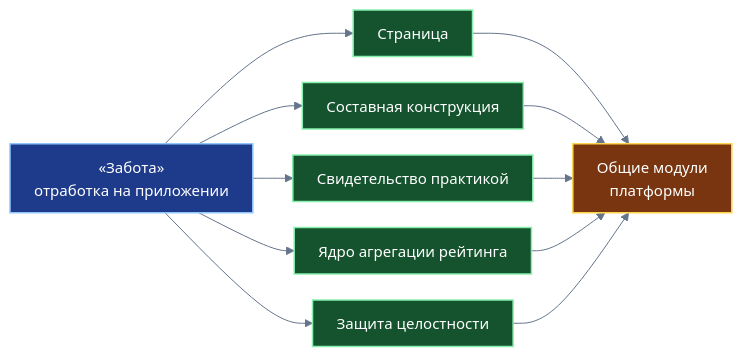
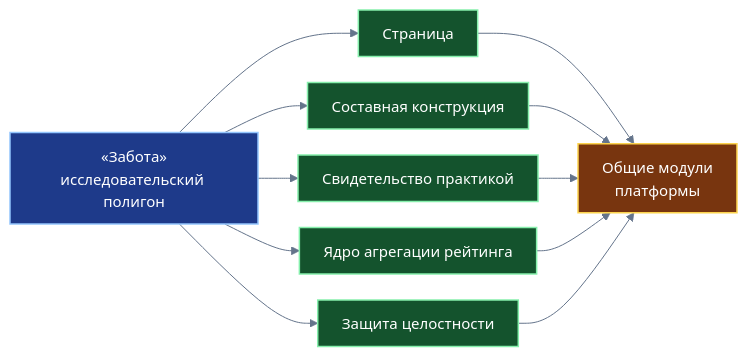
Diagram 11 of 11 in shared_docs/whitepapers/09_sapoto_whitepaper.md (Data-Independence-Network/presentations), drawn with Mermaid before and after one commit. The commit also changed other lines of this file and 36 other files, not shown here.

````diff
--- a/shared_docs/whitepapers/09_sapoto_whitepaper.md
+++ b/shared_docs/whitepapers/09_sapoto_whitepaper.md
@@ -613,23 +615,23 @@
 ```mermaid
 %%{init: {"theme":"base","themeVariables":{"background":"#0f172a","fontFamily":"Arial, Helvetica, sans-serif","fontSize":"15px","primaryColor":"#1e3a8a","primaryTextColor":"#ffffff","primaryBorderColor":"#93c5fd","secondaryColor":"#14532d","tertiaryColor":"#1e293b","lineColor":"#64748b","textColor":"#94a3b8","mainBkg":"#1e3a8a","nodeBorder":"#93c5fd","clusterBkg":"#1e293b","clusterBorder":"#475569","titleColor":"#cbd5e1","edgeLabelBackground":"#1e293b"},"themeCSS":"foreignObject *{font-family:Arial,Helvetica,sans-serif !important}","flowchart":{"curve":"basis","htmlLabels":true,"nodeSpacing":26,"rankSpacing":40,"padding":12,"useMaxWidth":true}}}%%
 flowchart LR
-    A["«Забота»<br/>отработка на приложении"] --> P["Страница"]
+    A["«Забота»<br/>исследовательский полигон"] --> P["Страница"]
     A --> K["Составная конструкция"]
     A --> E["Свидетельство практикой"]
     A --> R["Ядро агрегации рейтинга"]
     A --> I["Защита целостности"]
     P --> M["Общие модули<br/>платформы"]
     K --> M
     E --> M
     R --> M
     I --> M
     class A leaf
     class P,K,E,R,I branch
     class M trunk
     classDef leaf fill:#1e3a8a,stroke:#93c5fd,stroke-width:1.5px,color:#ffffff
     classDef branch fill:#14532d,stroke:#86efac,stroke-width:1.5px,color:#ffffff
     classDef trunk fill:#78350f,stroke:#fcd34d,stroke-width:1.5px,color:#ffffff
     classDef bank fill:#4c1d95,stroke:#c4b5fd,stroke-width:1.5px,color:#ffffff
     classDef priv fill:#334155,stroke:#cbd5e1,stroke-width:1.5px,color:#ffffff
     classDef risk fill:#7f1d1d,stroke:#fca5a5,stroke-width:1.5px,color:#ffffff
 ```
````
